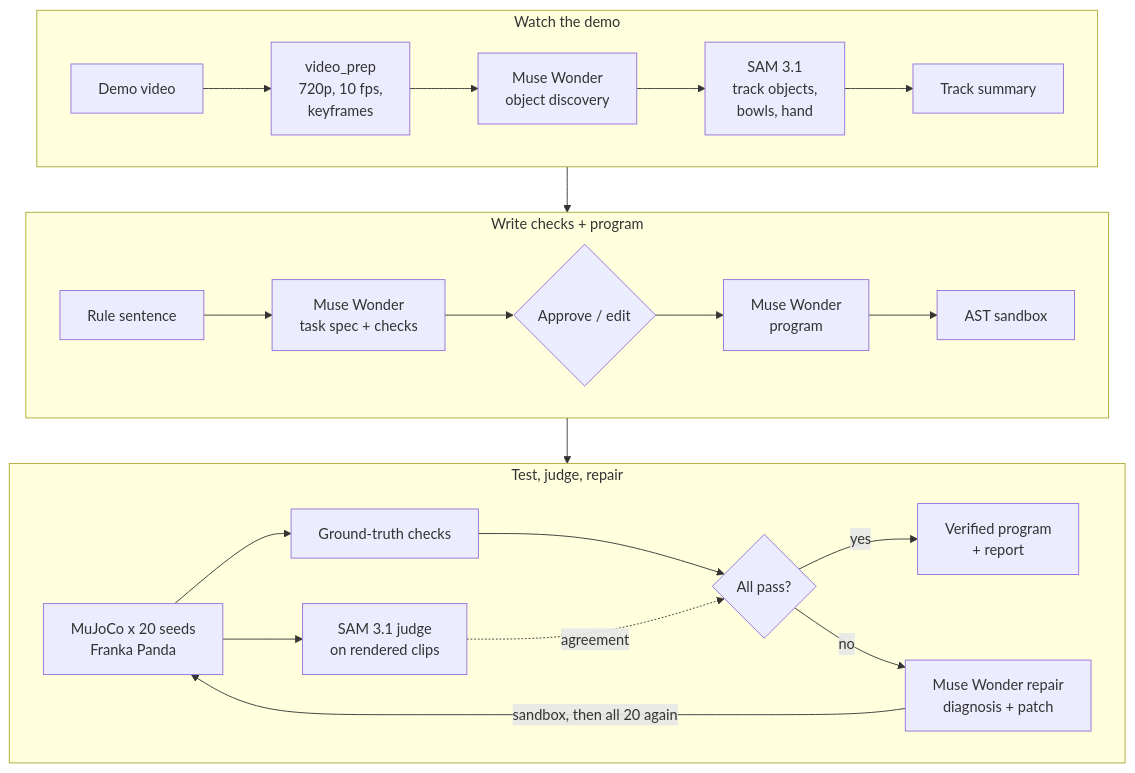
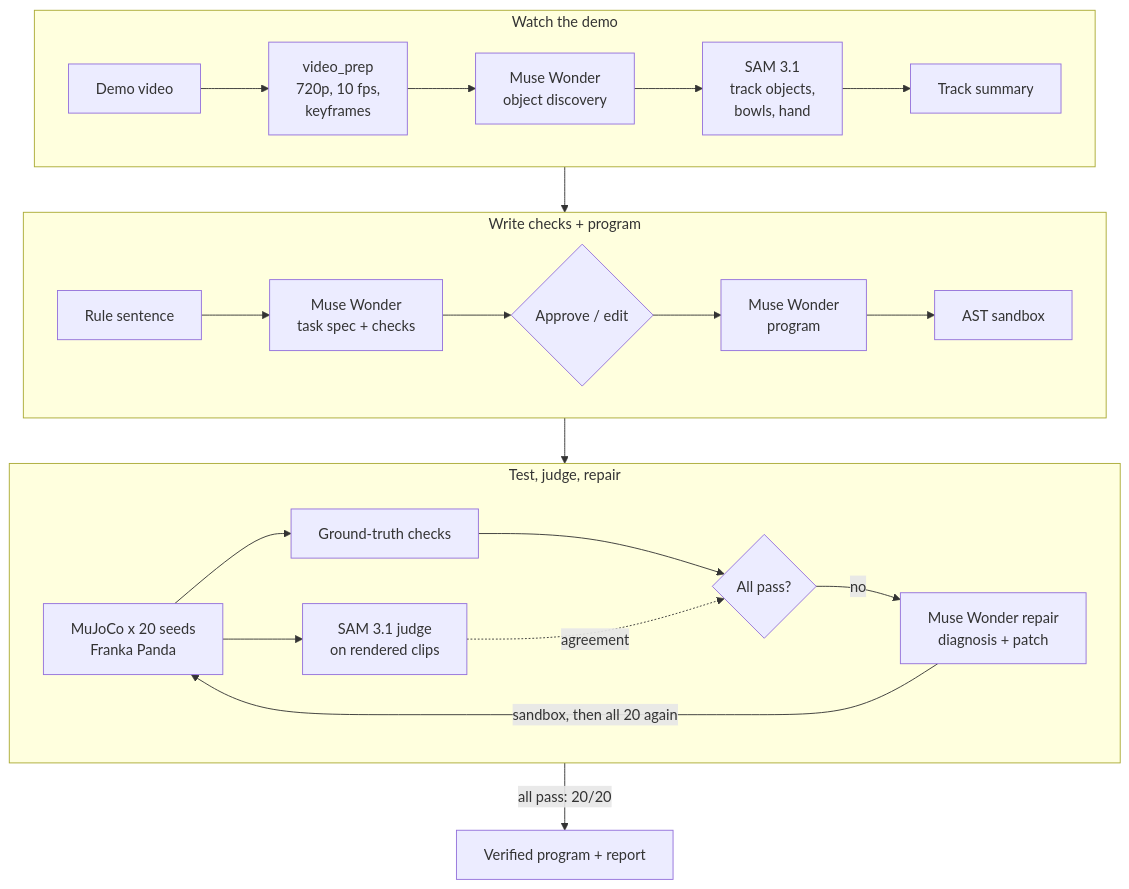
One commit to nikocallas/show-and-tell-robotics changed the diagram in README.md. Above: the diagram before and after it, drawn with Mermaid.

Commit message:
README diagram: the verified exit leaves the loop at the bottom
GitHub draws its zoom controls over the bottom-right corner of a Mermaid diagram, where
the repair node sat; the exit now sits centered below the test-judge-repair box.

````diff
--- a/README.md
+++ b/README.md
@@ -45,23 +45,23 @@
 ```mermaid
 flowchart TB
     subgraph watch ["Watch the demo"]
         direction LR
         V[Demo video] --> P[video_prep<br/>720p, 10 fps,<br/>keyframes] --> D[Muse Wonder<br/>object discovery]
         D --> S1[SAM 3.1<br/>track objects,<br/>bowls, hand] --> T[Track summary]
     end
     subgraph spec ["Write checks + program"]
         direction LR
         R[Rule sentence] --> SP[Muse Wonder<br/>task spec + checks] --> A{Approve / edit}
         A --> PG[Muse Wonder<br/>program] --> SB[AST sandbox]
     end
     subgraph verify ["Test, judge, repair"]
         direction LR
         SIM[MuJoCo x 20 seeds<br/>Franka Panda] --> GT[Ground-truth checks] --> REP{All pass?}
         SIM --> S2[SAM 3.1 judge<br/>on rendered clips]
         S2 -. agreement .-> REP
-        REP -- yes --> OUT[Verified program<br/>+ report]
         REP -- no --> FIX[Muse Wonder repair<br/>diagnosis + patch]
         FIX -->|"sandbox, then all 20 again"| SIM
     end
     watch --> spec --> verify
+    verify -->|"all pass: 20/20"| OUT[Verified program + report]
 ```
````
